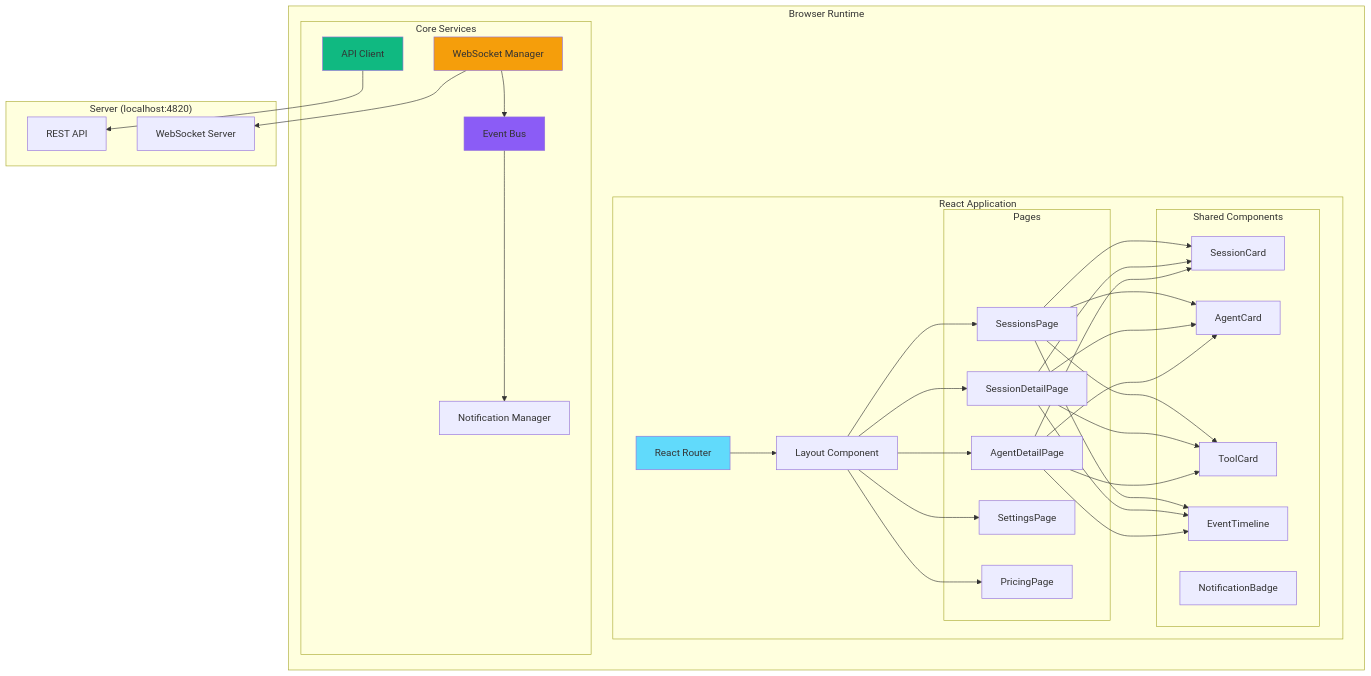
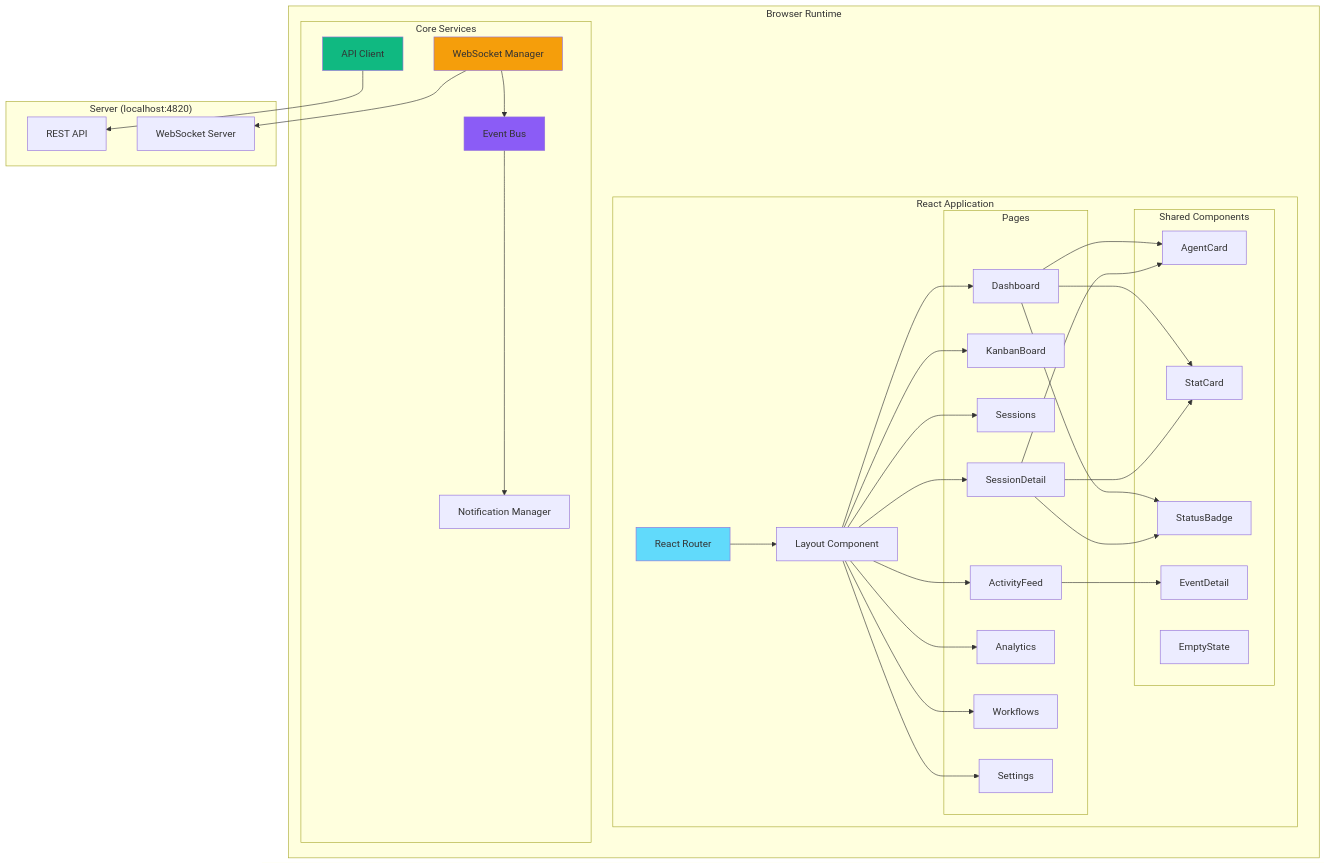
Before and after one commit to fadighattas100/Claude-Code-Agent-Monitor: the first of 19 diagrams in client/README.md, drawn with Mermaid. The commit also changed other lines of this file and 11 other files, not shown here.

First line of the commit message:
feat(ui): rework activity feed row UX + update all docs

````diff
--- a/client/README.md
+++ b/client/README.md
@@ -43,50 +43,54 @@
 ```mermaid
 graph TB
     subgraph "Browser Runtime"
         subgraph "React Application"
             Router[React Router]
             Layout[Layout Component]
             
             subgraph "Pages"
-                Home[SessionsPage]
-                Detail[SessionDetailPage]
-                Agent[AgentDetailPage]
-                Settings[SettingsPage]
-                Pricing[PricingPage]
+                Home[Dashboard]
+                Kanban[KanbanBoard]
+                Sessions[Sessions]
+                Detail[SessionDetail]
+                Feed[ActivityFeed]
+                Analytics[Analytics]
+                Workflows[Workflows]
+                Settings[Settings]
             end
             
             subgraph "Shared Components"
-                SessionCard[SessionCard]
                 AgentCard[AgentCard]
-                ToolCard[ToolCard]
-                EventTimeline[EventTimeline]
-                NotificationBadge[NotificationBadge]
+                StatCard[StatCard]
+                StatusBadge[StatusBadge]
+                EventDetail[EventDetail]
+                EmptyState[EmptyState]
             end
         end
         
         subgraph "Core Services"
             API[API Client]
             WS[WebSocket Manager]
             Bus[Event Bus]
             Notif[Notification Manager]
         end
     end
     
     subgraph "Server (localhost:4820)"
         REST[REST API]
         WSS[WebSocket Server]
     end
     
     Router --> Layout
-    Layout --> Home & Detail & Agent & Settings & Pricing
-    Home & Detail & Agent --> SessionCard & AgentCard & ToolCard & EventTimeline
+    Layout --> Home & Kanban & Sessions & Detail & Feed & Analytics & Workflows & Settings
+    Home & Detail --> AgentCard & StatCard & StatusBadge
+    Feed --> EventDetail
     API --> REST
     WS --> WSS
     Bus --> Notif
     WS --> Bus
     
     style Router fill:#61DAFB
     style API fill:#10B981
     style WS fill:#F59E0B
     style Bus fill:#8B5CF6
 ```
````
